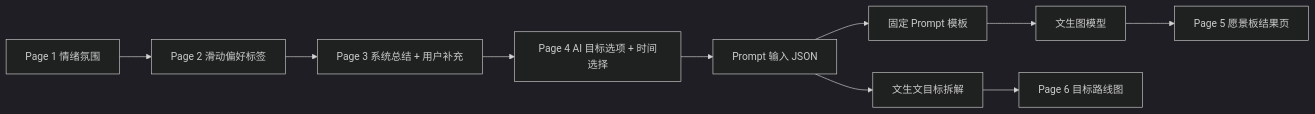
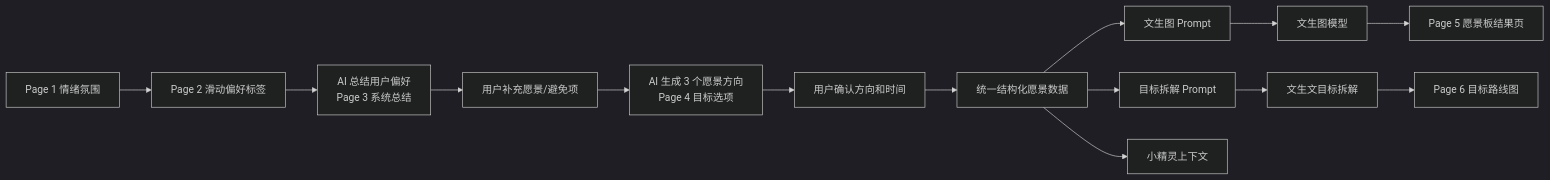
Before and after one commit to Teresa9999/VisionBoard: the second of 4 diagrams in docs/visionboard-info-collection-prd.md, drawn with Mermaid (dark theme). The commit also changed other lines of this file and 13 other files, not shown here.

````diff
--- a/docs/visionboard-info-collection-prd.md
+++ b/docs/visionboard-info-collection-prd.md
@@ -51,12 +52,16 @@
 ```mermaid
 flowchart LR
   A["Page 1 情绪氛围"] --> B["Page 2 滑动偏好标签"]
-  B --> C["Page 3 系统总结 + 用户补充"]
-  C --> D["Page 4 AI 目标选项 + 时间选择"]
-  D --> E["Prompt 输入 JSON"]
-  E --> F["固定 Prompt 模板"]
-  F --> G["文生图模型"]
-  G --> H["Page 5 愿景板结果页"]
-  E --> I["文生文目标拆解"]
-  I --> J["Page 6 目标路线图"]
+  B --> C["AI 总结用户偏好<br/>Page 3 系统总结"]
+  C --> D["用户补充愿景/避免项"]
+  D --> E["AI 生成 3 个愿景方向<br/>Page 4 目标选项"]
+  E --> F["用户确认方向和时间"]
+  F --> G["统一结构化愿景数据"]
+  G --> H["文生图 Prompt"]
+  G --> I["目标拆解 Prompt"]
+  G --> K["小精灵上下文"]
+  H --> L["文生图模型"]
+  L --> M["Page 5 愿景板结果页"]
+  I --> N["文生文目标拆解"]
+  N --> O["Page 6 目标路线图"]
 ```
````
